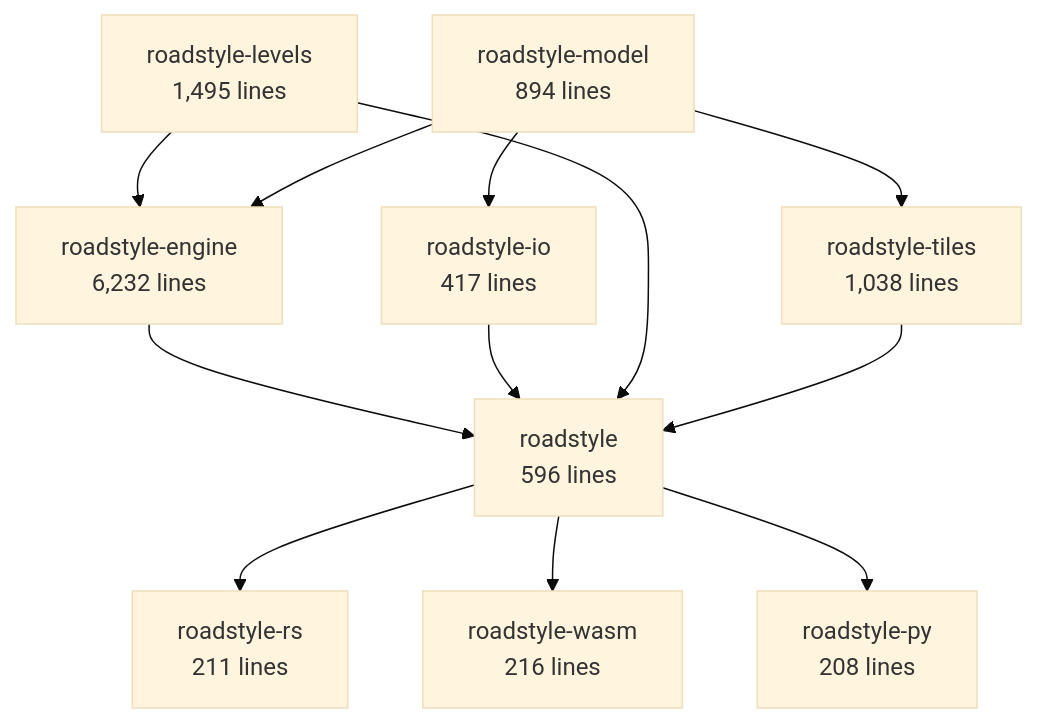
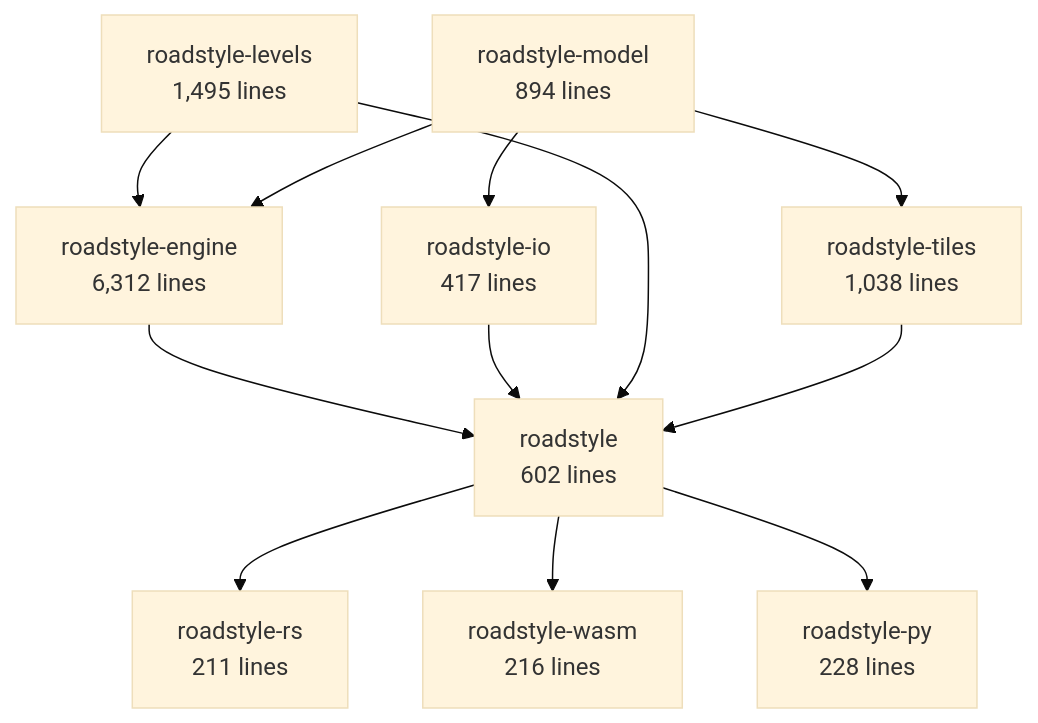
One commit to Khoshkhah/roadstyle changed the second of 6 diagrams in docs/rust/architecture.md. Above: the diagram before and after it, drawn with Mermaid (base theme). The commit also changed other lines of this file, not shown here.

Commit message:
docs: the architecture page made again from the code (after g4 and R22)

````diff
--- a/docs/rust/architecture.md
+++ b/docs/rust/architecture.md
@@ -69,23 +69,23 @@
 ```mermaid
 flowchart TB
     roadstyle_model["roadstyle-model<br/>894 lines"]
     roadstyle_io["roadstyle-io<br/>417 lines"]
     roadstyle_levels["roadstyle-levels<br/>1,495 lines"]
-    roadstyle_engine["roadstyle-engine<br/>6,232 lines"]
+    roadstyle_engine["roadstyle-engine<br/>6,312 lines"]
     roadstyle_tiles["roadstyle-tiles<br/>1,038 lines"]
-    roadstyle["roadstyle<br/>596 lines"]
+    roadstyle["roadstyle<br/>602 lines"]
     roadstyle_rs["roadstyle-rs<br/>211 lines"]
     roadstyle_wasm["roadstyle-wasm<br/>216 lines"]
-    roadstyle_py["roadstyle-py<br/>208 lines"]
+    roadstyle_py["roadstyle-py<br/>228 lines"]
     roadstyle_model --> roadstyle_io
     roadstyle_levels --> roadstyle_engine
     roadstyle_model --> roadstyle_engine
     roadstyle_model --> roadstyle_tiles
     roadstyle_engine --> roadstyle
     roadstyle_io --> roadstyle
     roadstyle_levels --> roadstyle
     roadstyle_tiles --> roadstyle
     roadstyle --> roadstyle_rs
     roadstyle --> roadstyle_wasm
     roadstyle --> roadstyle_py
 ```
````
